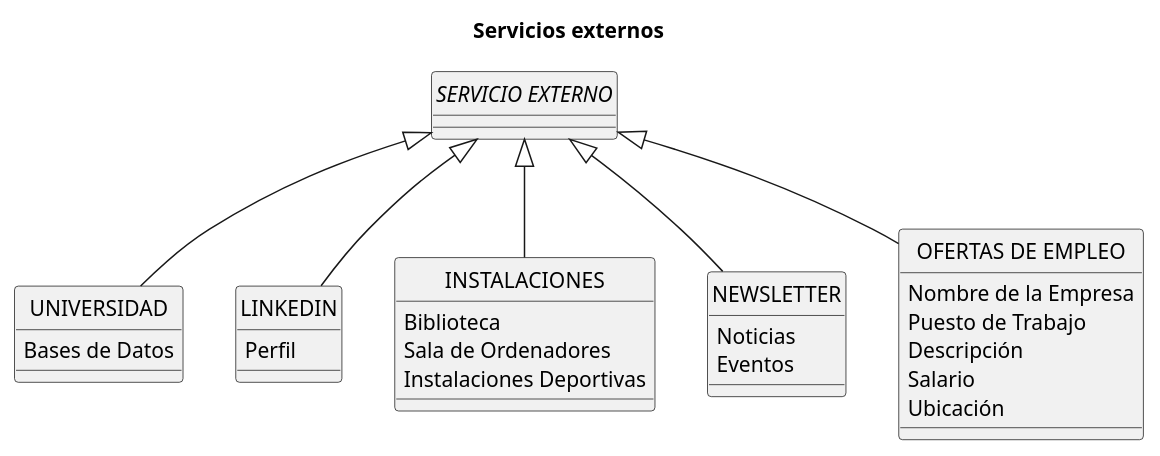
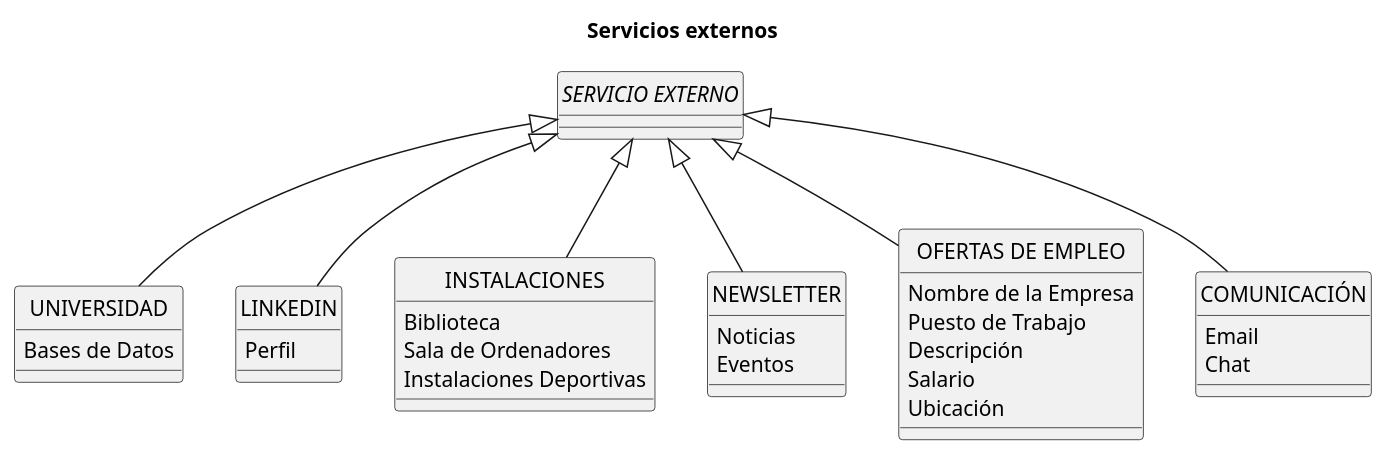
The diagram in Modelo_de_Dominio/Diagramas_de_Clases/Diagrama_de_Servicios_Externos/Diagrama_de_Servicios_Externos.puml (mmasias/23-24-IdSw1-SDR), drawn with PlantUML before and after one commit. The commit also changed 4 other files, not shown here.

Commit message:
Remove unused service diagrams

```diff
--- a/Modelo_de_Dominio/Diagramas_de_Clases/Diagrama_de_Servicios_Externos/Diagrama_de_Servicios_Externos.puml
+++ b/Modelo_de_Dominio/Diagramas_de_Clases/Diagrama_de_Servicios_Externos/Diagrama_de_Servicios_Externos.puml
@@ -1,52 +1,59 @@
 @startuml AlumniExternalServices
 
 title Servicios externos
 
 '!theme amiga
 skinparam backgroundColor white
 skinparam defaultFontName Arial
 hide circle
 
 abstract "SERVICIO EXTERNO" 
 { 
 }
 
 class UNIVERSIDAD 
 {
     Bases de Datos
 }
 
 class LINKEDIN
 {
     Perfil
 }
 
 class INSTALACIONES 
 {
     Biblioteca
     Sala de Ordenadores
     Instalaciones Deportivas
 }
 
 class NEWSLETTER 
 {
     Noticias
     Eventos
 }
 
 class "OFERTAS DE EMPLEO" 
 {
     Nombre de la Empresa
     Puesto de Trabajo
     Descripción
     Salario
     Ubicación
 }
 
+class COMUNICACIÓN 
+{
+    Email
+    Chat
+}
+
 "SERVICIO EXTERNO" <|-- UNIVERSIDAD
 "SERVICIO EXTERNO" <|-- LINKEDIN
 "SERVICIO EXTERNO" <|-- INSTALACIONES
 "SERVICIO EXTERNO" <|-- NEWSLETTER
 "SERVICIO EXTERNO" <|-- "OFERTAS DE EMPLEO"
+"SERVICIO EXTERNO" <|-- COMUNICACIÓN
 
 @enduml
```
